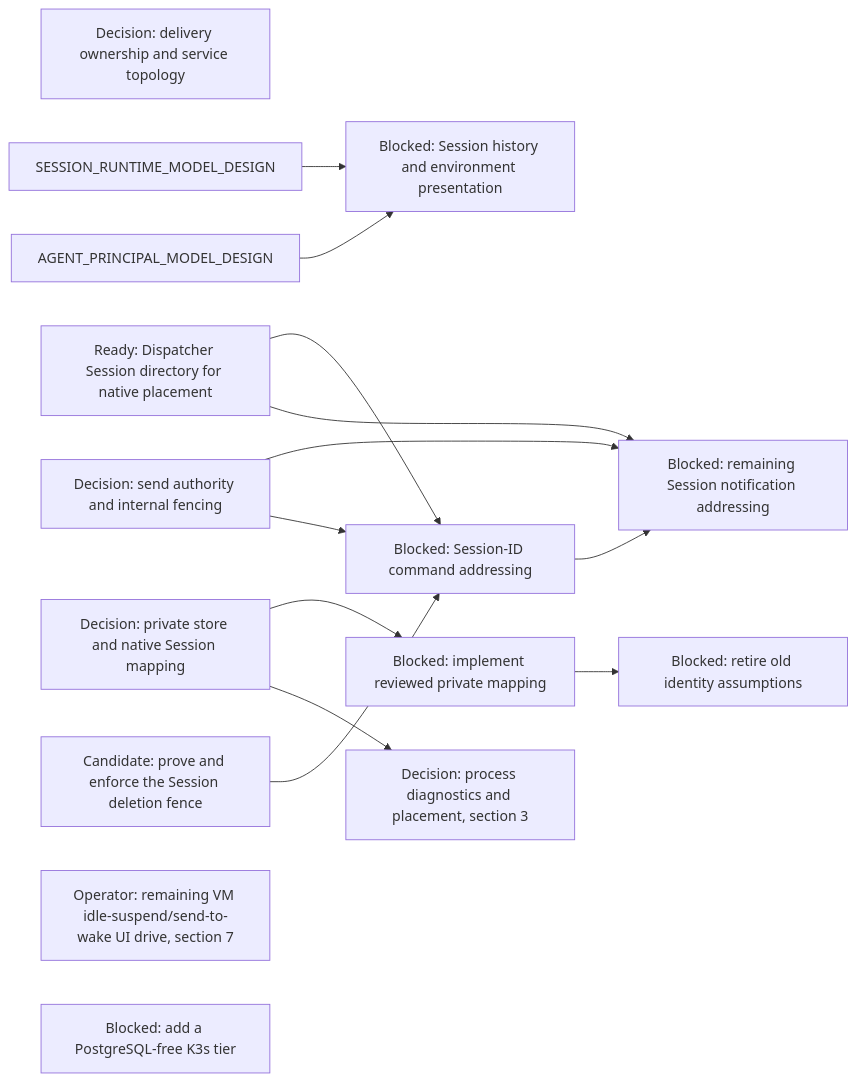
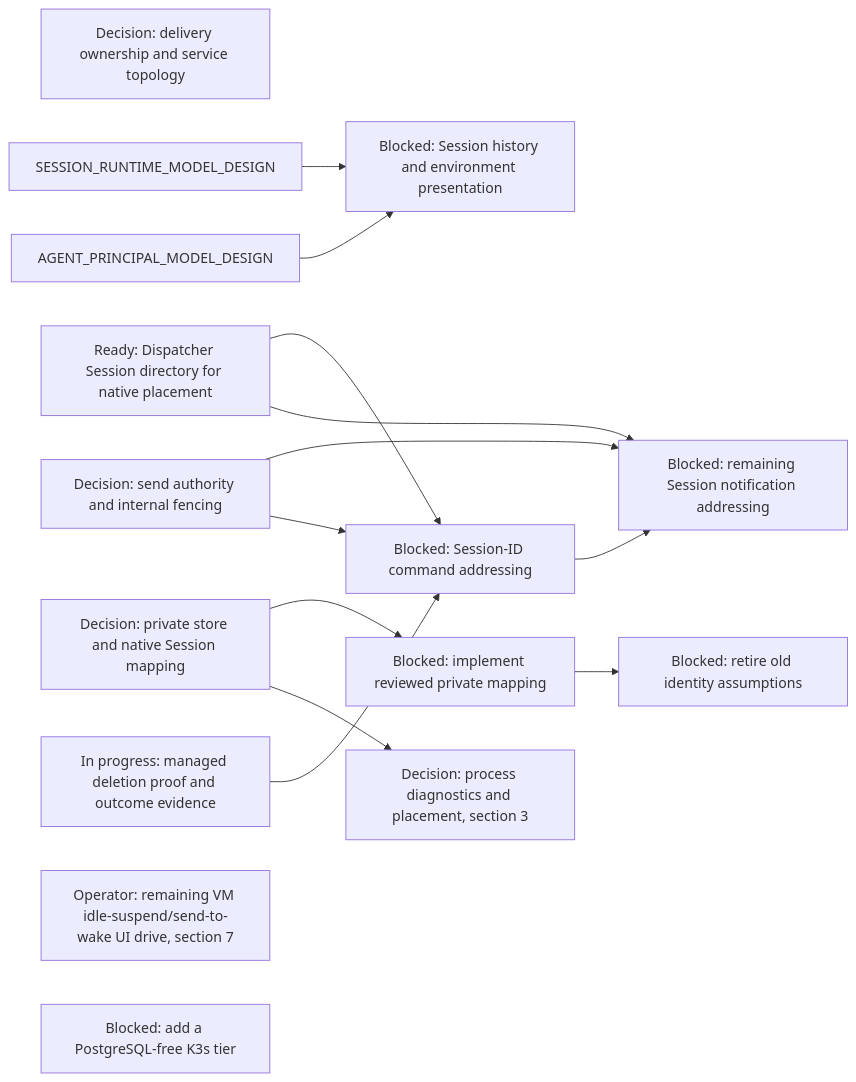
Before and after one commit to agentydragon/ducktape: diagram 14 of 17 in agentplane/plans/task_dag.md, drawn with Mermaid. The commit also changed other lines of this file and 6 other files, not shown here.

````diff
--- a/agentplane/plans/task_dag.md
+++ b/agentplane/plans/task_dag.md
@@ -2054,27 +2054,27 @@
 ```mermaid
 flowchart LR
     DISPATCHER_PERSISTENCE_MODEL_DESIGN[Decision: delivery ownership and service topology]
     SESSION_DIRECTORY_NATIVE[Ready: Dispatcher Session directory for native placement]
     DELIVERY_DESTINATION_AUTHORITY_DESIGN[Decision: send authority and internal fencing]
-    SESSION_DELETION_FENCE[Candidate: prove and enforce the Session deletion fence]
+    SESSION_DELETION_FENCE[In progress: managed deletion proof and outcome evidence]
     DELIVERY_DESTINATION_CONTRACT[Blocked: Session-ID command addressing]
     SESSION_NOTIFICATION_ADDRESS[Blocked: remaining Session notification addressing]
     SESSION_HISTORY_PRESENTATION[Blocked: Session history and environment presentation]
     SESSION_DIRECTORY_NATIVE --> DELIVERY_DESTINATION_CONTRACT
     SESSION_DIRECTORY_NATIVE --> SESSION_NOTIFICATION_ADDRESS
     DELIVERY_DESTINATION_AUTHORITY_DESIGN --> SESSION_NOTIFICATION_ADDRESS
     DELIVERY_DESTINATION_CONTRACT --> SESSION_NOTIFICATION_ADDRESS
     SESSION_RUNTIME_MODEL_DESIGN --> SESSION_HISTORY_PRESENTATION
     AGENT_PRINCIPAL_MODEL_DESIGN --> SESSION_HISTORY_PRESENTATION
     HARNESS_IDENTITY_DESIGN[Decision: private store and native Session mapping]
     RUNNER_STORE_SESSION_IDENTITY[Blocked: implement reviewed private mapping]
     RUNNER_IDENTITY_LEGACY_CLEANUP[Blocked: retire old identity assumptions]
     IDLE_SUSPEND_UI_DRIVE[Operator: remaining VM idle-suspend/send-to-wake UI drive, section 7]
     RUNNER_HARNESS_OBJECTS_DESIGN[Decision: process diagnostics and placement, section 3]
     CNPG_FREE_K3S_INTEGRATION_TIER[Blocked: add a PostgreSQL-free K3s tier]
     DELIVERY_DESTINATION_AUTHORITY_DESIGN --> DELIVERY_DESTINATION_CONTRACT
     SESSION_DELETION_FENCE --> DELIVERY_DESTINATION_CONTRACT
     RUNNER_STORE_SESSION_IDENTITY --> RUNNER_IDENTITY_LEGACY_CLEANUP
     HARNESS_IDENTITY_DESIGN --> RUNNER_STORE_SESSION_IDENTITY
     HARNESS_IDENTITY_DESIGN --> RUNNER_HARNESS_OBJECTS_DESIGN
 ```
````
